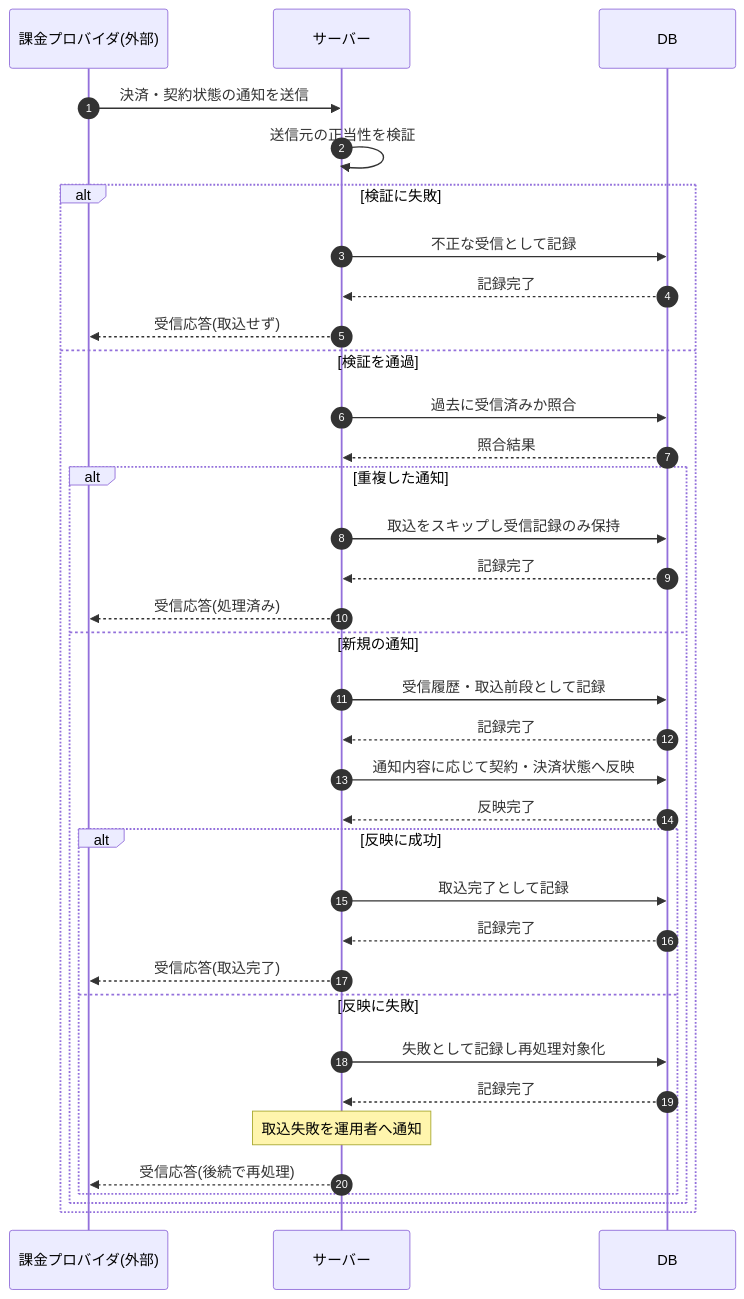
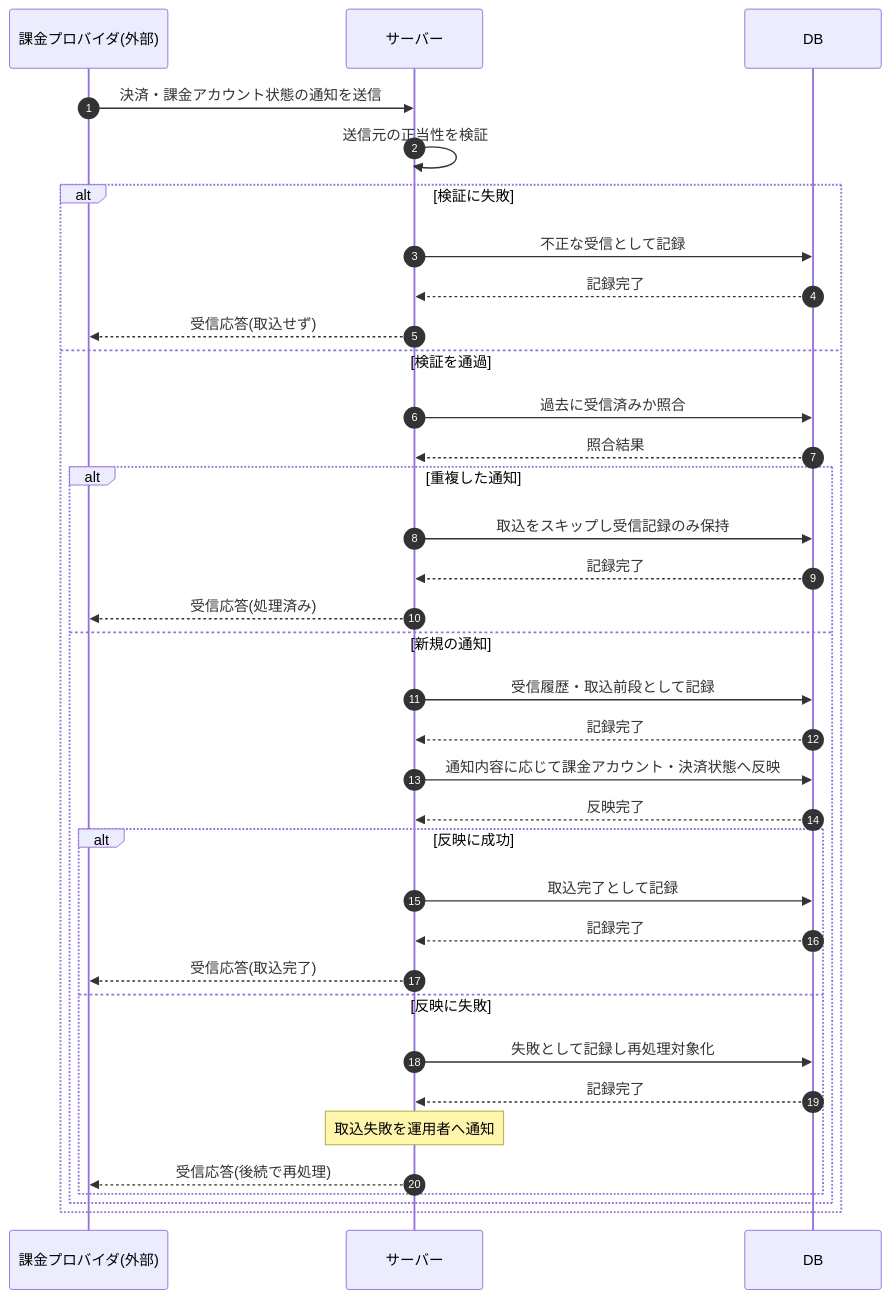
One commit to sikakou54/open-faq changed the diagram in 02_basic_design/03_sequences/SEQ-113.md. Above: the diagram before and after it, drawn with Mermaid. The commit also changed other lines of this file and 294 other files, not shown here.

````diff
--- a/02_basic_design/03_sequences/SEQ-113.md
+++ b/02_basic_design/03_sequences/SEQ-113.md
@@ -24,38 +24,38 @@
 ```mermaid
 sequenceDiagram
   autonumber
   participant EXT as 課金プロバイダ(外部)
   participant Server as サーバー
   participant DB as DB
 
-  EXT->>Server: 決済・契約状態の通知を送信
+  EXT->>Server: 決済・課金アカウント状態の通知を送信
   Server->>Server: 送信元の正当性を検証
   alt 検証に失敗
     Server->>DB: 不正な受信として記録
     DB-->>Server: 記録完了
     Server-->>EXT: 受信応答(取込せず)
   else 検証を通過
     Server->>DB: 過去に受信済みか照合
     DB-->>Server: 照合結果
     alt 重複した通知
       Server->>DB: 取込をスキップし受信記録のみ保持
       DB-->>Server: 記録完了
       Server-->>EXT: 受信応答(処理済み)
     else 新規の通知
       Server->>DB: 受信履歴・取込前段として記録
       DB-->>Server: 記録完了
-      Server->>DB: 通知内容に応じて契約・決済状態へ反映
+      Server->>DB: 通知内容に応じて課金アカウント・決済状態へ反映
       DB-->>Server: 反映完了
       alt 反映に成功
         Server->>DB: 取込完了として記録
         DB-->>Server: 記録完了
         Server-->>EXT: 受信応答(取込完了)
       else 反映に失敗
         Server->>DB: 失敗として記録し再処理対象化
         DB-->>Server: 記録完了
         Note over Server: 取込失敗を運用者へ通知
         Server-->>EXT: 受信応答(後続で再処理)
       end
     end
   end
 ```
````
